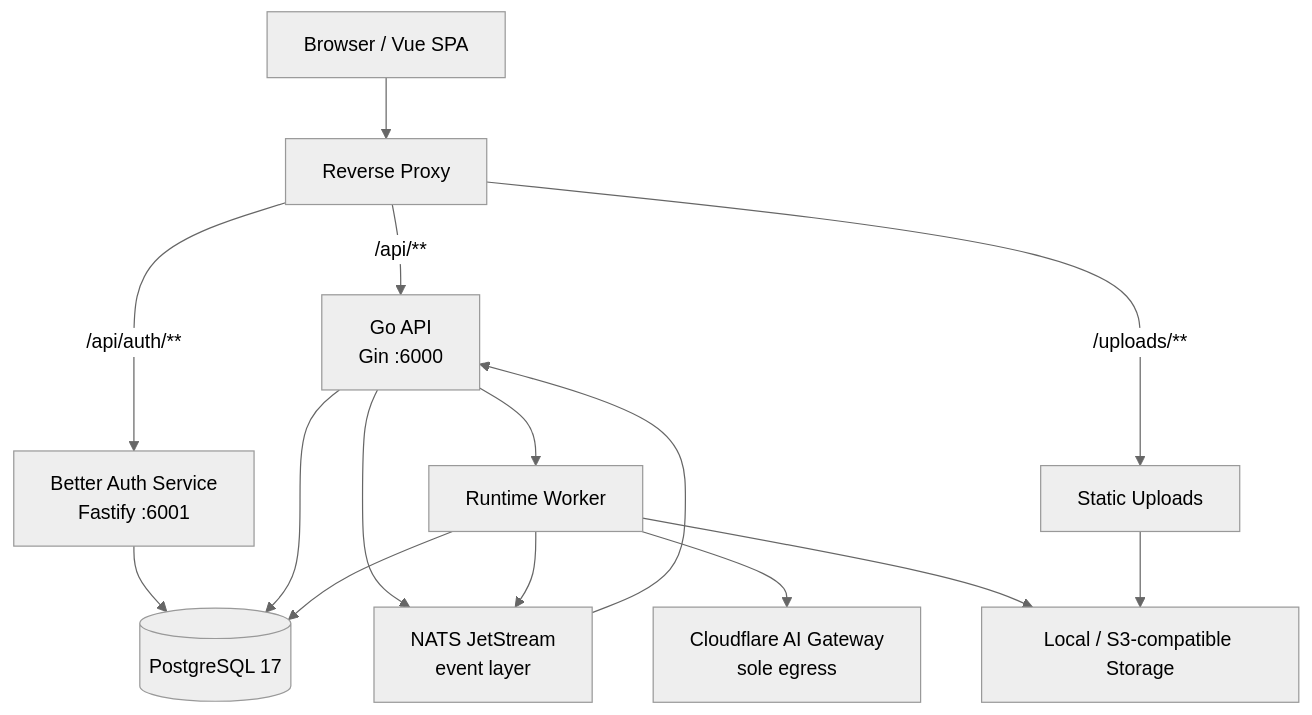
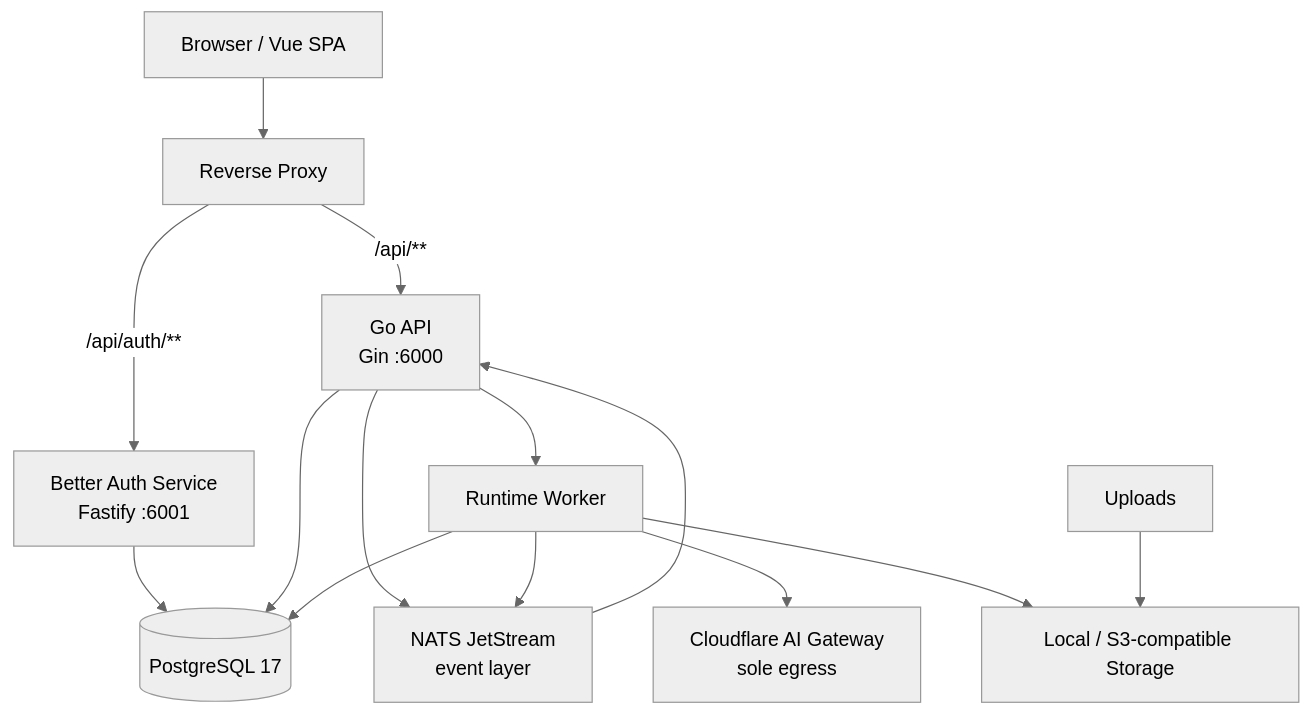
The diagram in DESIGN.md (Ericsunsk/IdeaBoard), drawn with Mermaid (neutral theme) before and after one commit. The commit also changed 198 other files, not shown here.

````diff
--- a/DESIGN.md
+++ b/DESIGN.md
@@ -26,19 +26,18 @@
 ```mermaid
 flowchart TB
     Browser["Browser / Vue SPA"] --> Proxy["Reverse Proxy"]
     Proxy -- "/api/auth/**" --> Auth["Better Auth Service<br>Fastify :6001"]
     Proxy -- "/api/**" --> API["Go API<br>Gin :6000"]
-    Proxy -- "/uploads/**" --> Uploads["Static Uploads"]
 
     Auth --> Postgres[("PostgreSQL 17")]
     API --> Postgres
     API --> NATS["NATS JetStream<br>event layer"]
     API --> Worker["Runtime Worker"]
 
     Worker --> Postgres
     Worker --> AI["Cloudflare AI Gateway<br>sole egress"]
     Worker --> Storage["Local / S3-compatible Storage"]
     Worker --> NATS
     Uploads --> Storage
     NATS --> API
 ```
````
